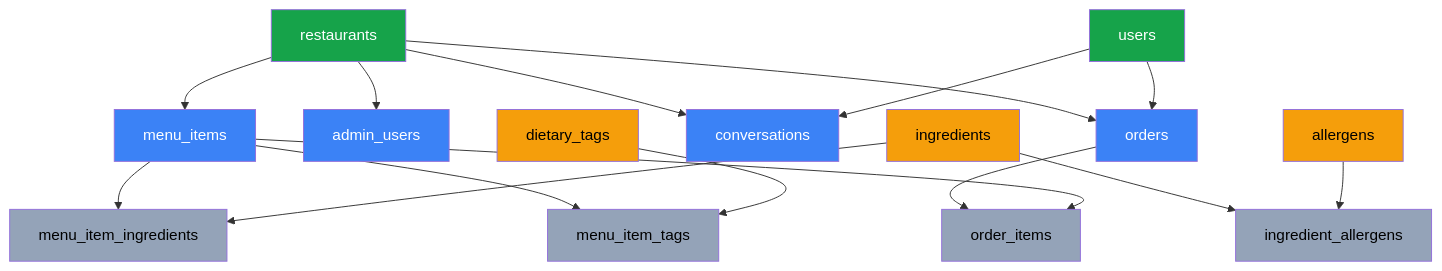
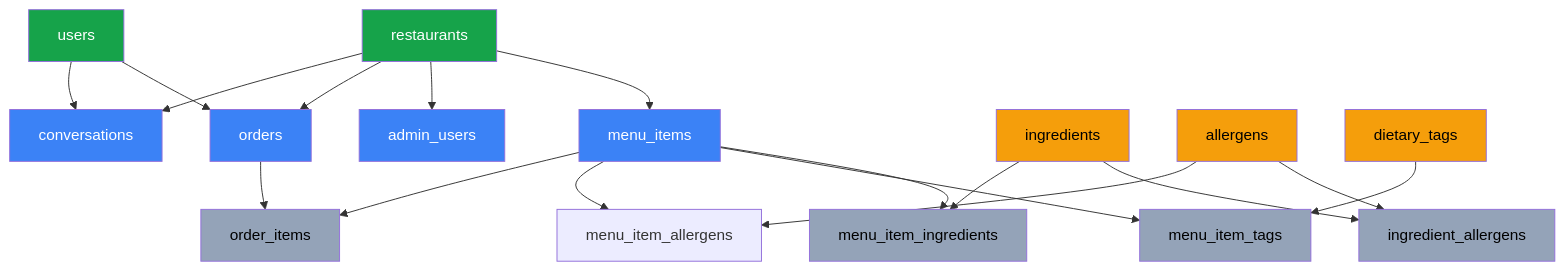
One commit to ConsoleCzar-2/SmartDiner changed the first of 2 diagrams in README.md. Above: the diagram before and after it, drawn with Mermaid. The commit also changed other lines of this file and 33 other files, not shown here.

````diff
--- a/README.md
+++ b/README.md
@@ -67,31 +68,33 @@
 ```mermaid
 flowchart TD
     R["restaurants"] --> MI["menu_items"]
     R --> AU["admin_users"]
     R --> O["orders"]
     R --> C["conversations"]
     U["users"] --> O
     U --> C
     I["ingredients"] --> IA["ingredient_allergens"]
     A["allergens"] --> IA
     MI --> MII["menu_item_ingredients"]
     I --> MII
     MI --> MIT["menu_item_tags"]
     DT["dietary_tags"] --> MIT
+    MI --> MIA["menu_item_allergens"]
+    A --> MIA
     O --> OI["order_items"]
     MI --> OI
     
     style R fill:#16a34a,color:#fff
     style U fill:#16a34a,color:#fff
     style A fill:#f59e0b,color:#000
     style DT fill:#f59e0b,color:#000
     style I fill:#f59e0b,color:#000
     style MI fill:#3b82f6,color:#fff
     style AU fill:#3b82f6,color:#fff
     style O fill:#3b82f6,color:#fff
     style C fill:#3b82f6,color:#fff
     style MII fill:#94a3b8,color:#000
     style IA fill:#94a3b8,color:#000
     style MIT fill:#94a3b8,color:#000
     style OI fill:#94a3b8,color:#000
 ```
````
